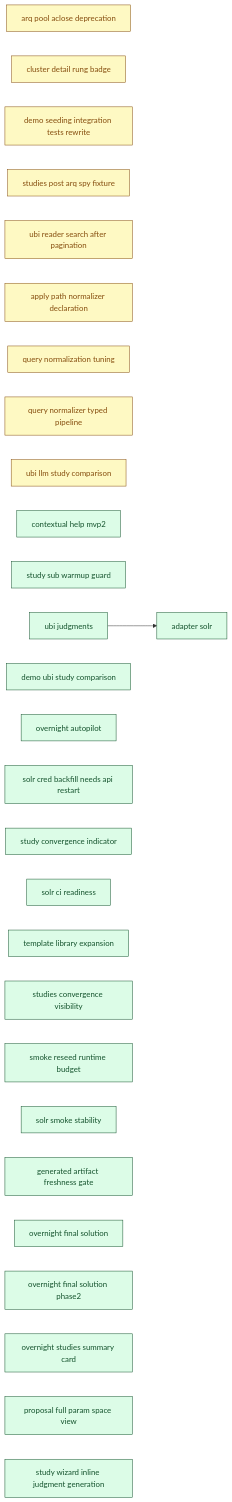
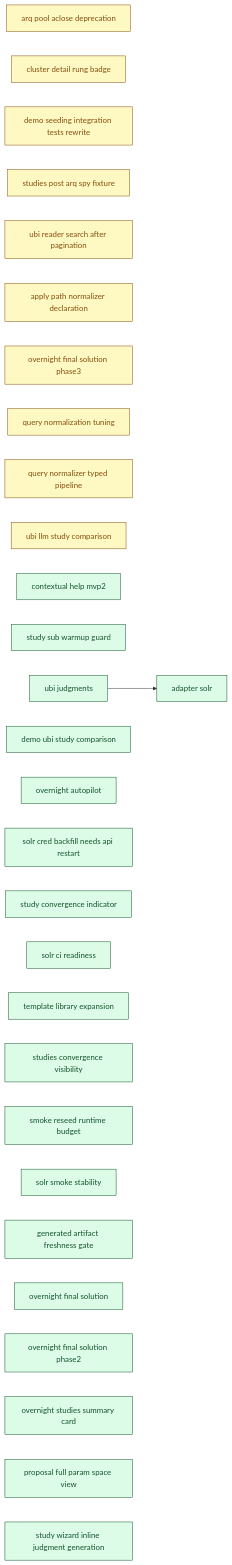
One commit to SoundMindsAI/relyloop changed the diagram in docs/00_overview/MVP2_DASHBOARD.md. Above: the diagram before and after it, drawn with Mermaid. The commit also changed other lines of this file and 34 other files, not shown here.

First line of the commit message:
feat(proposals): supersede non-winning chain links (feat_overnight_final_solution_phase3) (#457)

````diff
--- a/docs/00_overview/MVP2_DASHBOARD.md
+++ b/docs/00_overview/MVP2_DASHBOARD.md
@@ -114,65 +114,67 @@
 ```mermaid
 graph LR
   classDef done fill:#dcfce7,stroke:#14532d,color:#14532d;
   classDef implement fill:#ffedd5,stroke:#9a3412,color:#9a3412;
   classDef plan fill:#fef9c3,stroke:#854d0e,color:#854d0e;
   classDef spec fill:#dbeafe,stroke:#1e40af,color:#1e40af;
   classDef idea fill:#f1f5f9,stroke:#334155,color:#334155;
   chore_arq_pool_aclose_deprecation["arq pool aclose deprecation"]
   class chore_arq_pool_aclose_deprecation plan;
   chore_cluster_detail_rung_badge["cluster detail rung badge"]
   class chore_cluster_detail_rung_badge plan;
   chore_demo_seeding_integration_tests_rewrite["demo seeding integration tests rewrite"]
   class chore_demo_seeding_integration_tests_rewrite plan;
   chore_studies_post_arq_spy_fixture["studies post arq spy fixture"]
   class chore_studies_post_arq_spy_fixture plan;
   chore_ubi_reader_search_after_pagination["ubi reader search after pagination"]
   class chore_ubi_reader_search_after_pagination plan;
   feat_apply_path_normalizer_declaration["apply path normalizer declaration"]
   class feat_apply_path_normalizer_declaration plan;
+  feat_overnight_final_solution_phase3["overnight final solution phase3"]
+  class feat_overnight_final_solution_phase3 plan;
   feat_query_normalization_tuning["query normalization tuning"]
   class feat_query_normalization_tuning plan;
   feat_query_normalizer_typed_pipeline["query normalizer typed pipeline"]
   class feat_query_normalizer_typed_pipeline plan;
   feat_ubi_llm_study_comparison["ubi llm study comparison"]
   class feat_ubi_llm_study_comparison plan;
   feat_contextual_help_mvp2["contextual help mvp2"]
   class feat_contextual_help_mvp2 done;
   feat_study_sub_warmup_guard["study sub warmup guard"]
   class feat_study_sub_warmup_guard done;
   feat_ubi_judgments["ubi judgments"]
   class feat_ubi_judgments done;
   feat_demo_ubi_study_comparison["demo ubi study comparison"]
   class feat_demo_ubi_study_comparison done;
   feat_overnight_autopilot["overnight autopilot"]
   class feat_overnight_autopilot done;
   infra_adapter_solr["adapter solr"]
   class infra_adapter_solr done;
   chore_solr_cred_backfill_needs_api_restart["solr cred backfill needs api restart"]
   class chore_solr_cred_backfill_needs_api_restart done;
   feat_study_convergence_indicator["study convergence indicator"]
   class feat_study_convergence_indicator done;
   infra_solr_ci_readiness["solr ci readiness"]
   class infra_solr_ci_readiness done;
   chore_template_library_expansion["template library expansion"]
   class chore_template_library_expansion done;
   feat_studies_convergence_visibility["studies convergence visibility"]
   class feat_studies_convergence_visibility done;
   infra_smoke_reseed_runtime_budget["smoke reseed runtime budget"]
   class infra_smoke_reseed_runtime_budget done;
   infra_solr_smoke_stability["solr smoke stability"]
   class infra_solr_smoke_stability done;
   infra_generated_artifact_freshness_gate["generated artifact freshness gate"]
   class infra_generated_artifact_freshness_gate done;
   feat_overnight_final_solution["overnight final solution"]
   class feat_overnight_final_solution done;
   feat_overnight_final_solution_phase2["overnight final solution phase2"]
   class feat_overnight_final_solution_phase2 done;
   feat_overnight_studies_summary_card["overnight studies summary card"]
   class feat_overnight_studies_summary_card done;
   feat_proposal_full_param_space_view["proposal full param space view"]
   class feat_proposal_full_param_space_view done;
   feat_study_wizard_inline_judgment_generation["study wizard inline judgment generation"]
   class feat_study_wizard_inline_judgment_generation done;
   feat_ubi_judgments --> infra_adapter_solr
 ```
````
